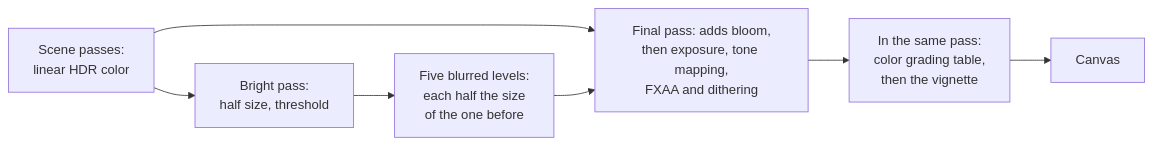
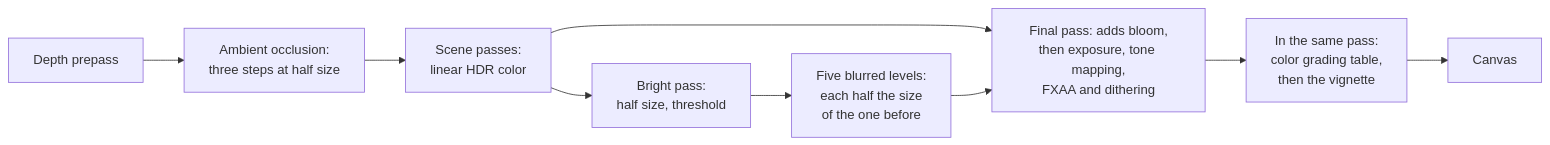
The diagram in docs/concepts/post-processing.md (null3d-engine/null3d), drawn with Mermaid before and after one commit. The commit also changed other lines of this file and 125 other files, not shown here.

````diff
--- a/docs/concepts/post-processing.md
+++ b/docs/concepts/post-processing.md
@@ -13,9 +13,11 @@
 ```mermaid
 flowchart LR
+    prepass["Depth prepass"] --> ao["Ambient occlusion:<br/>three steps at half size"]
+    ao --> scene
     scene["Scene passes:<br/>linear HDR color"] --> bright["Bright pass:<br/>half size, threshold"]
     bright --> levels["Five blurred levels:<br/>each half the size<br/>of the one before"]
     scene --> final["Final pass: adds bloom,<br/>then exposure, tone mapping,<br/>FXAA and dithering"]
     levels --> final
     final --> grade["In the same pass:<br/>color grading table,<br/>then the vignette"]
     grade --> canvas["Canvas"]
 ```
````
